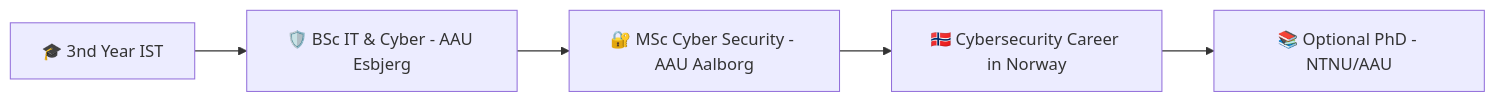
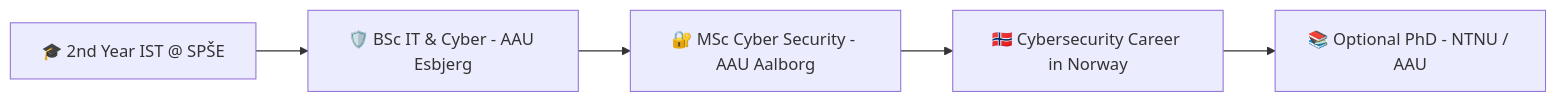
Before and after one commit to timo-t-q/timo-t-q: the diagram in README.md, drawn with Mermaid. The commit also changed other lines of this file, not shown here.

````diff
--- a/README.md
+++ b/README.md
@@ -99,7 +90,7 @@
 ```mermaid
 graph LR
-    A[🎓 3nd Year IST] --> B[🛡️ BSc IT & Cyber - AAU Esbjerg]
+    A[🎓 2nd Year IST @ SPŠE] --> B[🛡️ BSc IT & Cyber - AAU Esbjerg]
     B --> C[🔐 MSc Cyber Security - AAU Aalborg]
     C --> D[🇳🇴 Cybersecurity Career in Norway]
-    D --> E[📚 Optional PhD - NTNU/AAU]
+    D --> E[📚 Optional PhD - NTNU / AAU]
 ```
````
